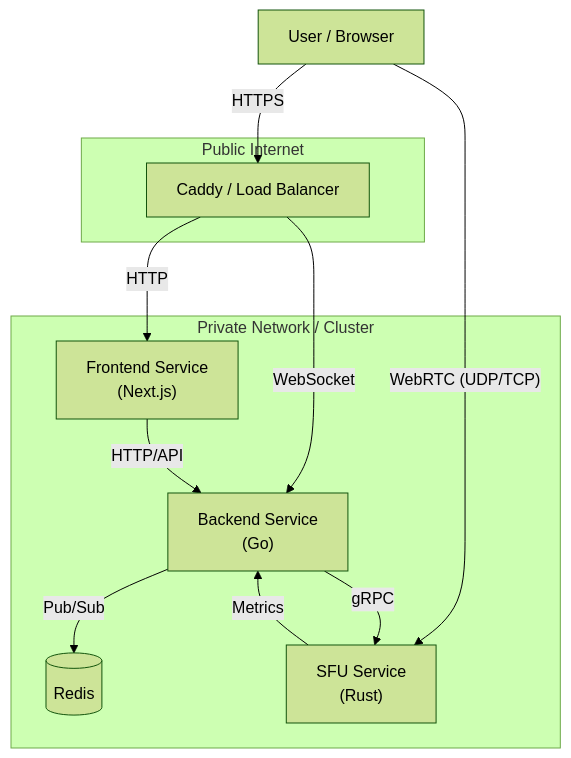
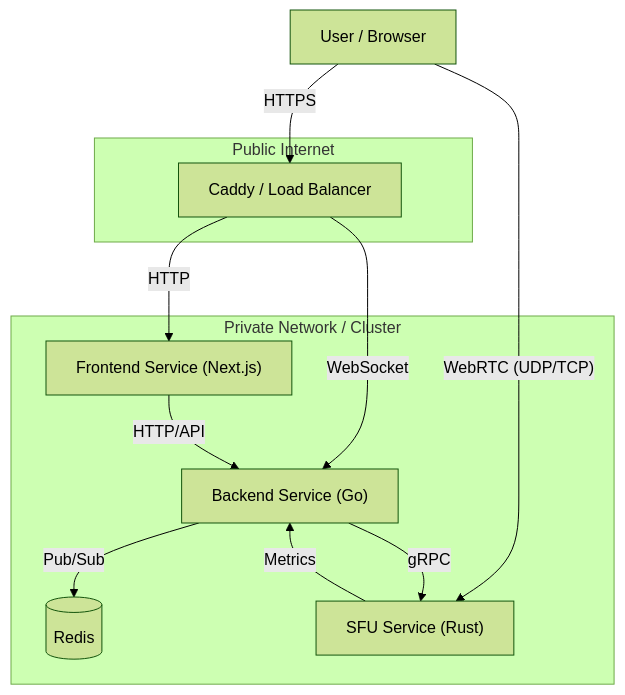
Before and after one commit to RoseWrightdev/Video-Conferencing: the diagram in README.md, drawn with Mermaid (forest theme). The commit also changed other lines of this file, not shown here.

````diff
--- a/README.md
+++ b/README.md
@@ -15,25 +15,25 @@
 ```mermaid
 graph TD
     User["User / Browser"]
     
     subgraph "Public Internet"
         LB["Caddy / Load Balancer"]
     end
     
     subgraph "Private Network / Cluster"
-        FE["Frontend Service\n(Next.js)"]
-        BE["Backend Service\n(Go)"]
+        FE["Frontend Service (Next.js)"]
+        BE["Backend Service (Go)"]
         Redis[("Redis")]
-        SFU["SFU Service\n(Rust)"]
+        SFU["SFU Service (Rust)"]
     end
 
     User -- HTTPS --> LB
     LB -- HTTP --> FE
     LB -- WebSocket --> BE
     User -- WebRTC (UDP/TCP) --> SFU
     
     FE -- HTTP/API --> BE
     BE -- gRPC --> SFU
     BE -- Pub/Sub --> Redis
     SFU -- Metrics --> BE
 ```
````
